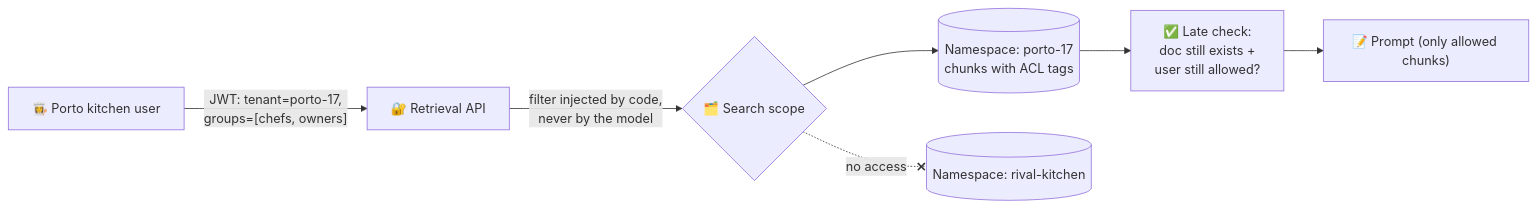
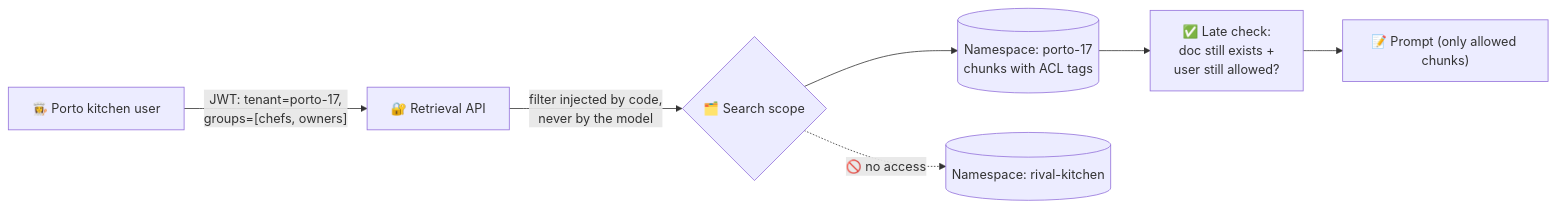
Before and after one commit to winnyboy5/System-Design-from-Atoms: the diagram in book-2-ai-era/phases/03-retrieval-data/025-permission-aware-retrieval.md, drawn with Mermaid. The commit also changed 20 other files, not shown here.

````diff
--- a/book-2-ai-era/phases/03-retrieval-data/025-permission-aware-retrieval.md
+++ b/book-2-ai-era/phases/03-retrieval-data/025-permission-aware-retrieval.md
@@ -40,9 +40,9 @@
 ```mermaid
 flowchart LR
     U["👩‍🍳 Porto kitchen user"] -->|"JWT: tenant=porto-17,<br/>groups=[chefs, owners]"| API["🔐 Retrieval API"]
     API -->|"filter injected by code,<br/>never by the model"| S{"🗂️ Search scope"}
     S --> T1[("Namespace: porto-17<br/>chunks with ACL tags")]
-    S -. "no access" .-x T2[("Namespace: rival-kitchen")]
+    S -.->|"🚫 no access"| T2[("Namespace: rival-kitchen")]
     T1 --> LB["✅ Late check:<br/>doc still exists +<br/>user still allowed?"]
     LB --> P["📝 Prompt (only allowed chunks)"]
 ```
````
